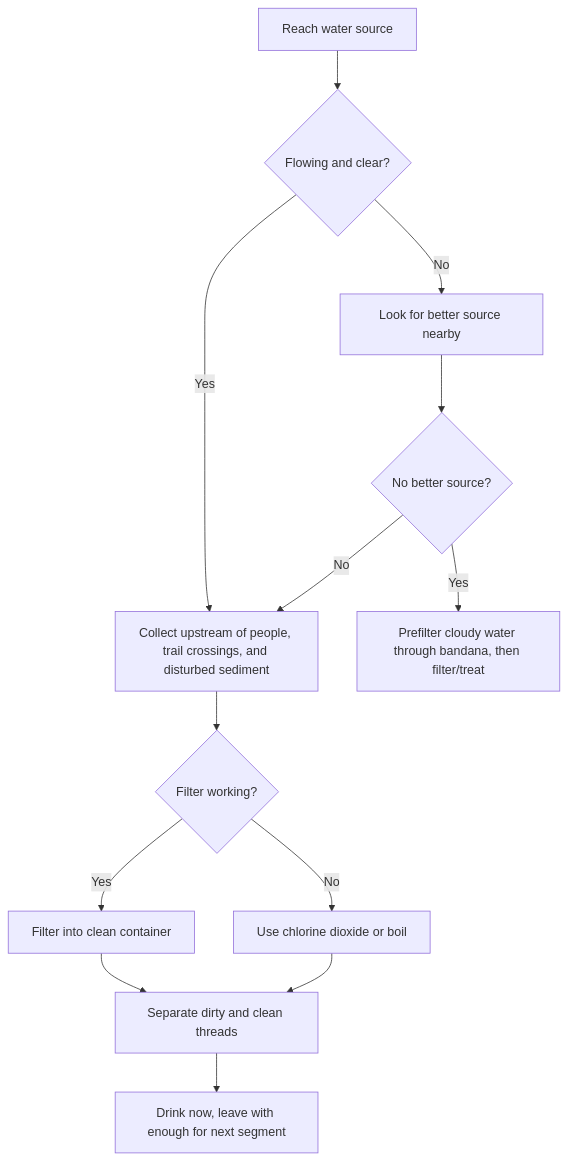
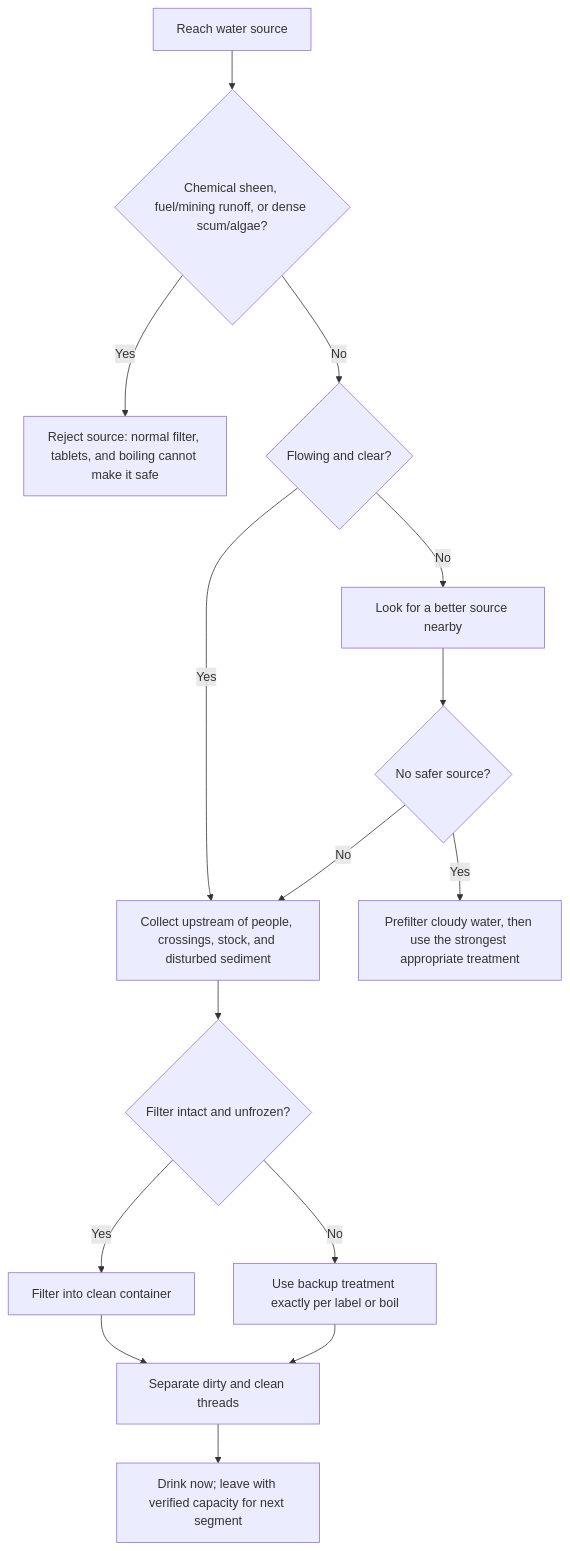
One commit to kush0511/pct-section-j-field-guide changed the third of 5 diagrams in content.md. Above: the diagram before and after it, drawn with Mermaid. The commit also changed other lines of this file and 4 other files, not shown here.

````diff
--- a/content.md
+++ b/content.md
@@ -617,15 +682,17 @@
 ```mermaid
 flowchart TD
-  A[Reach water source] --> B{Flowing and clear?}
-  B -->|Yes| C[Collect upstream of people, trail crossings, and disturbed sediment]
-  B -->|No| D[Look for better source nearby]
-  D --> E{No better source?}
-  E -->|Yes| F[Prefilter cloudy water through bandana, then filter/treat]
-  E -->|No| C
-  C --> G{Filter working?}
-  G -->|Yes| H[Filter into clean container]
-  G -->|No| I[Use chlorine dioxide or boil]
-  H --> J[Separate dirty and clean threads]
-  I --> J
-  J --> K[Drink now, leave with enough for next segment]
+  A[Reach water source] --> B{Chemical sheen, fuel/mining runoff, or dense scum/algae?}
+  B -->|Yes| C[Reject source: normal filter, tablets, and boiling cannot make it safe]
+  B -->|No| D{Flowing and clear?}
+  D -->|Yes| E[Collect upstream of people, crossings, stock, and disturbed sediment]
+  D -->|No| F[Look for a better source nearby]
+  F --> G{No safer source?}
+  G -->|Yes| H[Prefilter cloudy water, then use the strongest appropriate treatment]
+  G -->|No| E
+  E --> I{Filter intact and unfrozen?}
+  I -->|Yes| J[Filter into clean container]
+  I -->|No| K[Use backup treatment exactly per label or boil]
+  J --> L[Separate dirty and clean threads]
+  K --> L
+  L --> M[Drink now; leave with verified capacity for next segment]
 ```
````
